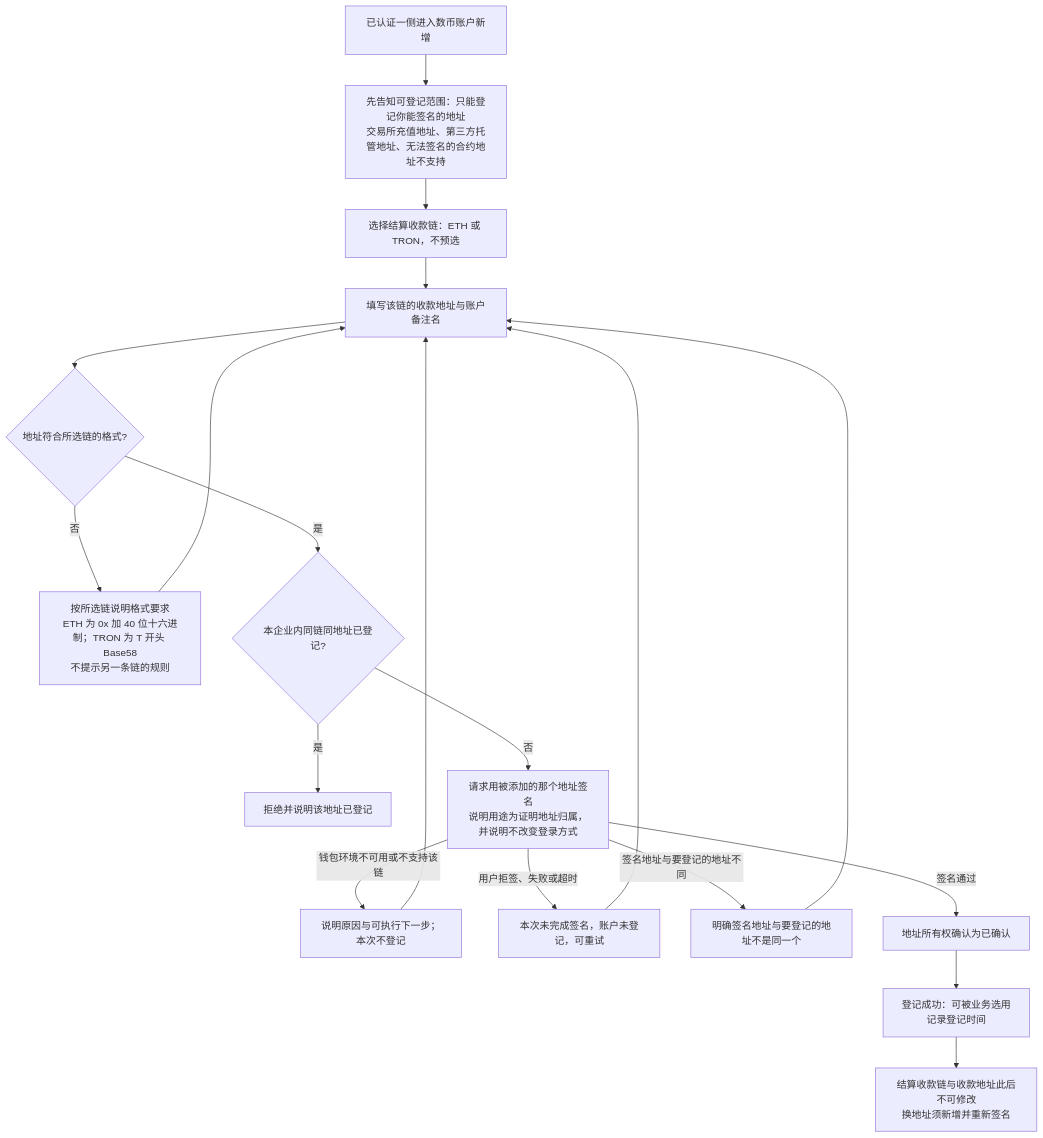
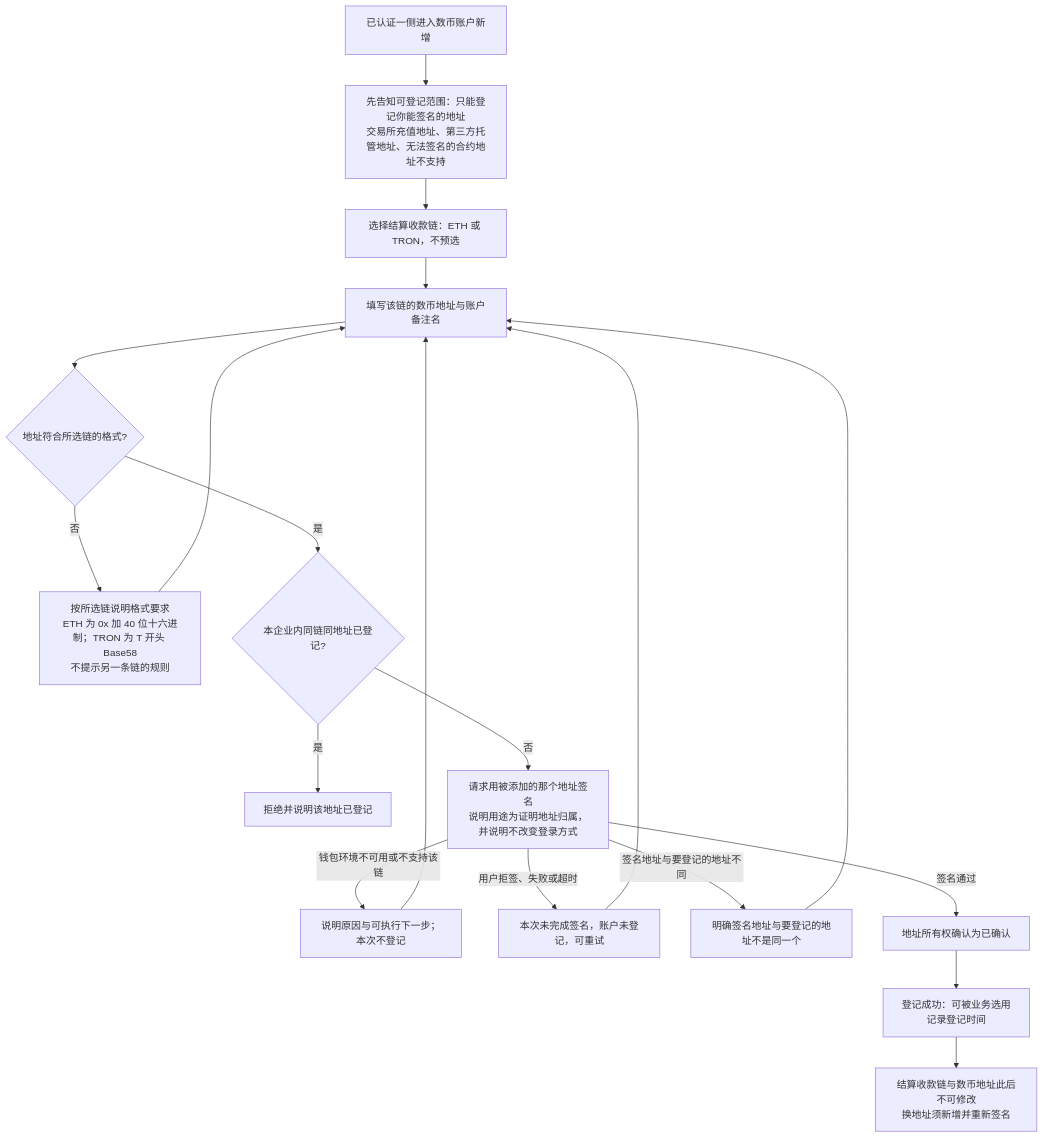
The third of 7 diagrams in lending-platform/PRD/面客端/03-企业账户/02-企业账户-流程图与状态机.md (wxblockchain/Chain-Financing), drawn with Mermaid before and after one commit. The commit also changed other lines of this file and 15 other files, not shown here.

````diff
--- a/lending-platform/PRD/面客端/03-企业账户/02-企业账户-流程图与状态机.md
+++ b/lending-platform/PRD/面客端/03-企业账户/02-企业账户-流程图与状态机.md
@@ -70,21 +70,21 @@
 ```mermaid
 flowchart TD
     A[已认证一侧进入数币账户新增] --> B[先告知可登记范围：只能登记你能签名的地址<br/>交易所充值地址、第三方托管地址、无法签名的合约地址不支持]
     B --> C[选择结算收款链：ETH 或 TRON，不预选]
-    C --> D[填写该链的收款地址与账户备注名]
+    C --> D[填写该链的数币地址与账户备注名]
     D --> E{地址符合所选链的格式?}
     E -->|否| F[按所选链说明格式要求<br/>ETH 为 0x 加 40 位十六进制；TRON 为 T 开头 Base58<br/>不提示另一条链的规则]
     F --> D
     E -->|是| G{本企业内同链同地址已登记?}
     G -->|是| H[拒绝并说明该地址已登记]
     G -->|否| I[请求用被添加的那个地址签名<br/>说明用途为证明地址归属，并说明不改变登录方式]
     I -->|钱包环境不可用或不支持该链| J[说明原因与可执行下一步；本次不登记]
     I -->|用户拒签、失败或超时| K[本次未完成签名，账户未登记，可重试]
     I -->|签名地址与要登记的地址不同| L[明确签名地址与要登记的地址不是同一个]
     J --> D
     K --> D
     L --> D
     I -->|签名通过| M[地址所有权确认为已确认]
     M --> N[登记成功：可被业务选用<br/>记录登记时间]
-    N --> O[结算收款链与收款地址此后不可修改<br/>换地址须新增并重新签名]
+    N --> O[结算收款链与数币地址此后不可修改<br/>换地址须新增并重新签名]
 ```
````
